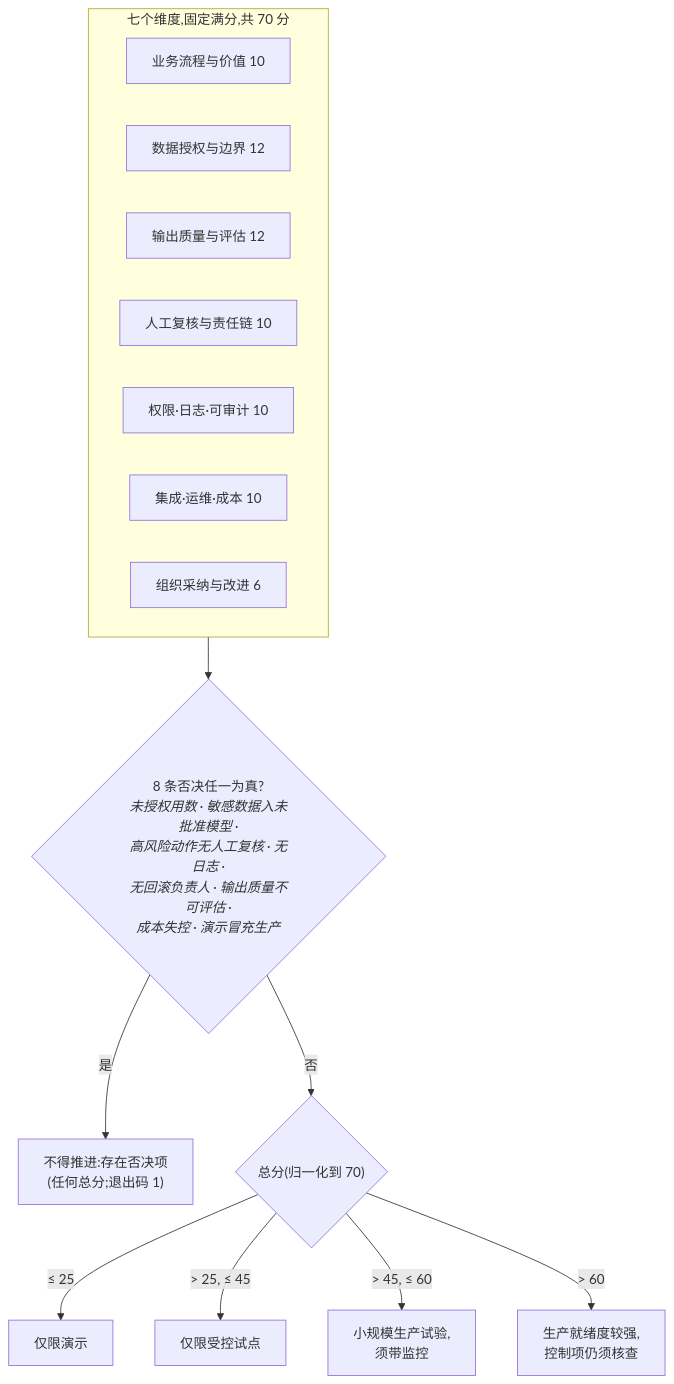
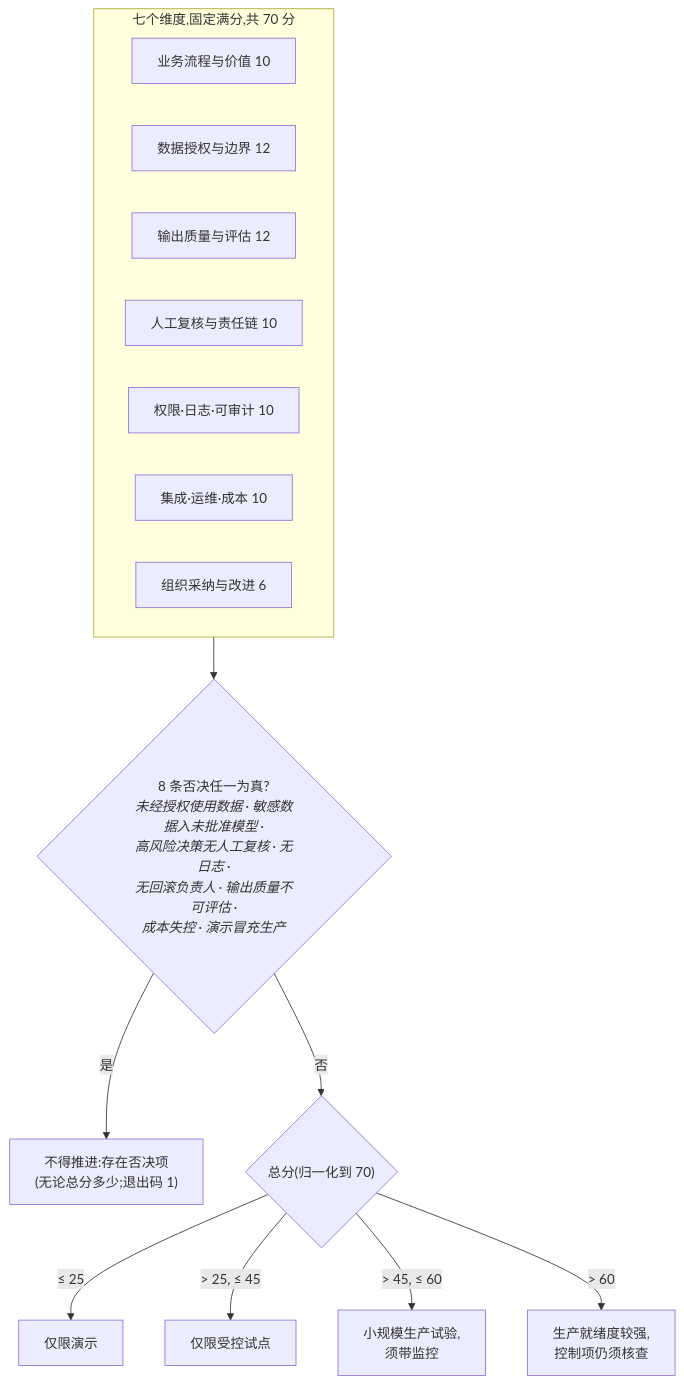
The second of 2 diagrams in README.zh-CN.md (Anonymousyz/ai-prototype-to-production-toolkit), drawn with Mermaid before and after one commit. The commit also changed other lines of this file and 3 other files, not shown here.

````diff
--- a/README.zh-CN.md
+++ b/README.zh-CN.md
@@ -82,20 +82,20 @@
 ```mermaid
 flowchart TB
     subgraph dims["七个维度,固定满分,共 70 分"]
         direction LR
         D1["业务流程与价值 10"]
         D2["数据授权与边界 12"]
         D3["输出质量与评估 12"]
         D4["人工复核与责任链 10"]
         D5["权限·日志·可审计 10"]
         D6["集成·运维·成本 10"]
         D7["组织采纳与改进 6"]
     end
-    dims --> V{"8 条否决任一为真?<br/><i>未授权用数 · 敏感数据入未批准模型 ·<br/>高风险动作无人工复核 · 无日志 ·<br/>无回滚负责人 · 输出质量不可评估 ·<br/>成本失控 · 演示冒充生产</i>"}
-    V -- "是" --> STOP["不得推进:存在否决项<br/>(任何总分;退出码 1)"]
+    dims --> V{"8 条否决任一为真?<br/><i>未经授权使用数据 · 敏感数据入未批准模型 ·<br/>高风险决策无人工复核 · 无日志 ·<br/>无回滚负责人 · 输出质量不可评估 ·<br/>成本失控 · 演示冒充生产</i>"}
+    V -- "是" --> STOP["不得推进:存在否决项<br/>(无论总分多少;退出码 1)"]
     V -- "否" --> T{"总分(归一化到 70)"}
     T -- "≤ 25" --> R1["仅限演示"]
     T -- "> 25, ≤ 45" --> R2["仅限受控试点"]
     T -- "> 45, ≤ 60" --> R3["小规模生产试验,<br/>须带监控"]
     T -- "> 60" --> R4["生产就绪度较强,<br/>控制项仍须核查"]
 ```
````
